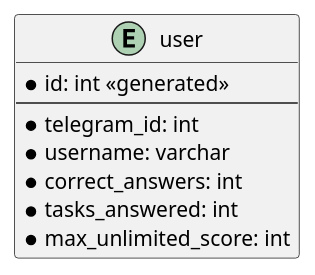
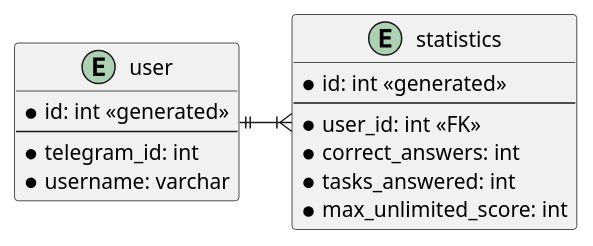
Before and after one commit to K0valevK/LanguageTestBot: the diagram in docs/user_db.puml, drawn with PlantUML. The commit also changed 15 other files, not shown here.

```diff
--- a/docs/user_db.puml
+++ b/docs/user_db.puml
@@ -1,13 +1,23 @@
 @startuml
+
+skinparam linetype ortho
 
 entity user {
     * id: int <<generated>>
     --
     * telegram_id: int
     * username: varchar
+}
+
+entity statistics {
+    * id: int <<generated>>
+    --
+    * user_id: int <<FK>>
     * correct_answers: int
     * tasks_answered: int
     * max_unlimited_score: int
 }
 
+user ||-|{ statistics
+
 @enduml
```
